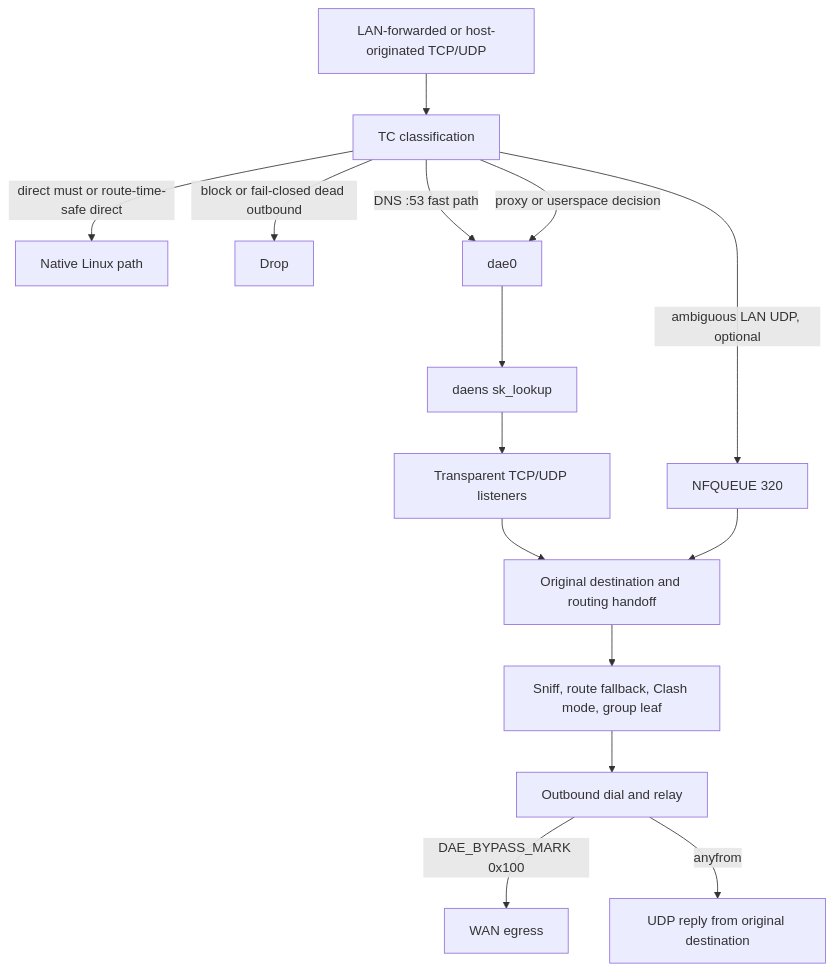
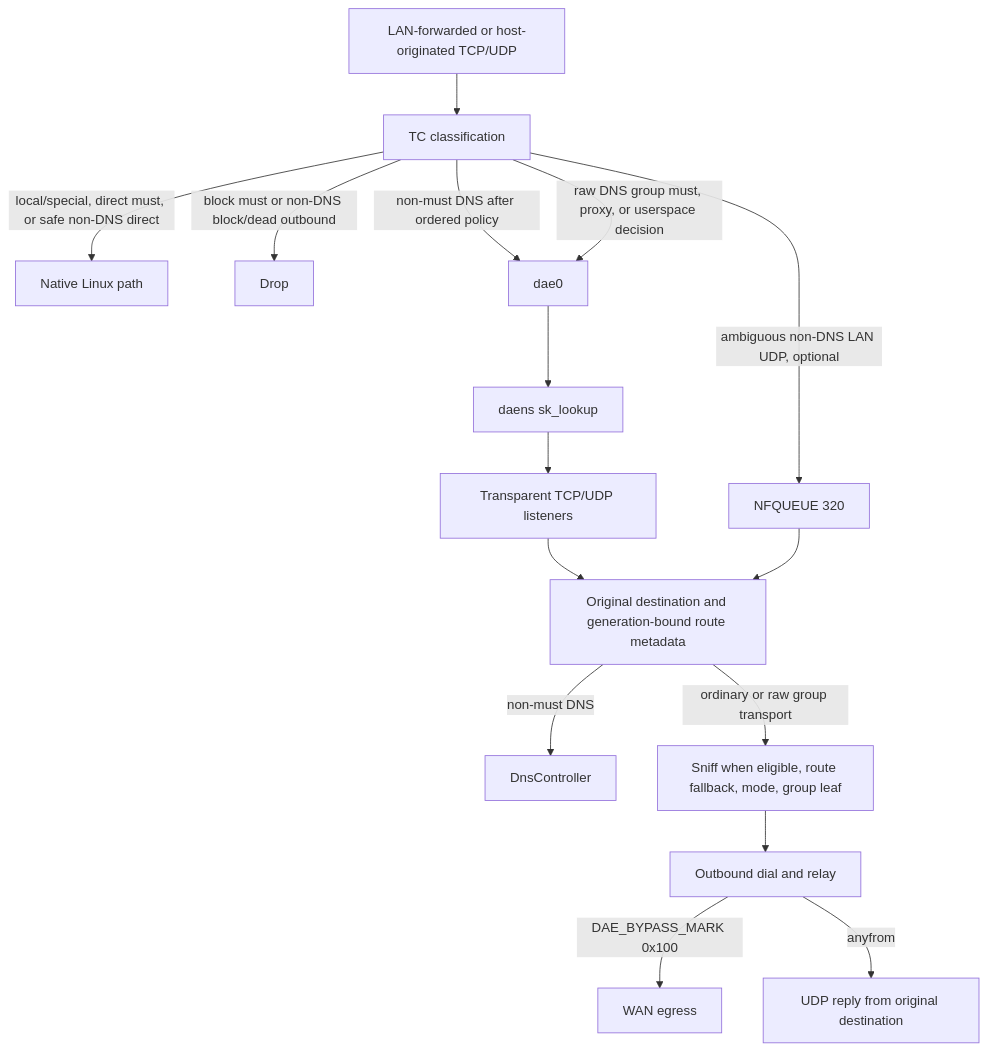
Before and after one commit to Glassyiris/honk: the second of 2 diagrams in doc/en/design/overview.md, drawn with Mermaid. The commit also changed other lines of this file and 71 other files, not shown here.

````diff
--- a/doc/en/design/overview.md
+++ b/doc/en/design/overview.md
@@ -72,17 +72,18 @@
 ```mermaid
 flowchart TB
   PACKET[LAN-forwarded or host-originated TCP/UDP] --> TC[TC classification]
-  TC -->|direct must or route-time-safe direct| NATIVE[Native Linux path]
-  TC -->|block or fail-closed dead outbound| DROP[Drop]
-  TC -->|DNS :53 fast path| DAE0[dae0]
-  TC -->|proxy or userspace decision| DAE0
-  TC -->|ambiguous LAN UDP, optional| NFQ[NFQUEUE 320]
+  TC -->|local/special, direct must, or safe non-DNS direct| NATIVE[Native Linux path]
+  TC -->|block must or non-DNS block/dead outbound| DROP[Drop]
+  TC -->|non-must DNS after ordered policy| DAE0[dae0]
+  TC -->|raw DNS group must, proxy, or userspace decision| DAE0
+  TC -->|ambiguous non-DNS LAN UDP, optional| NFQ[NFQUEUE 320]
   DAE0 --> SK[daens sk_lookup]
   SK --> LISTEN[Transparent TCP/UDP listeners]
-  LISTEN --> CP[Original destination and routing handoff]
+  LISTEN --> CP[Original destination and generation-bound route metadata]
   NFQ --> CP
-  CP --> DECIDE[Sniff, route fallback, Clash mode, group leaf]
+  CP -->|non-must DNS| DNS[DnsController]
+  CP -->|ordinary or raw group transport| DECIDE[Sniff when eligible, route fallback, mode, group leaf]
   DECIDE --> DIAL[Outbound dial and relay]
   DIAL -->|DAE_BYPASS_MARK 0x100| WAN[WAN egress]
   DIAL -->|anyfrom| REPLY[UDP reply from original destination]
 ```
````
